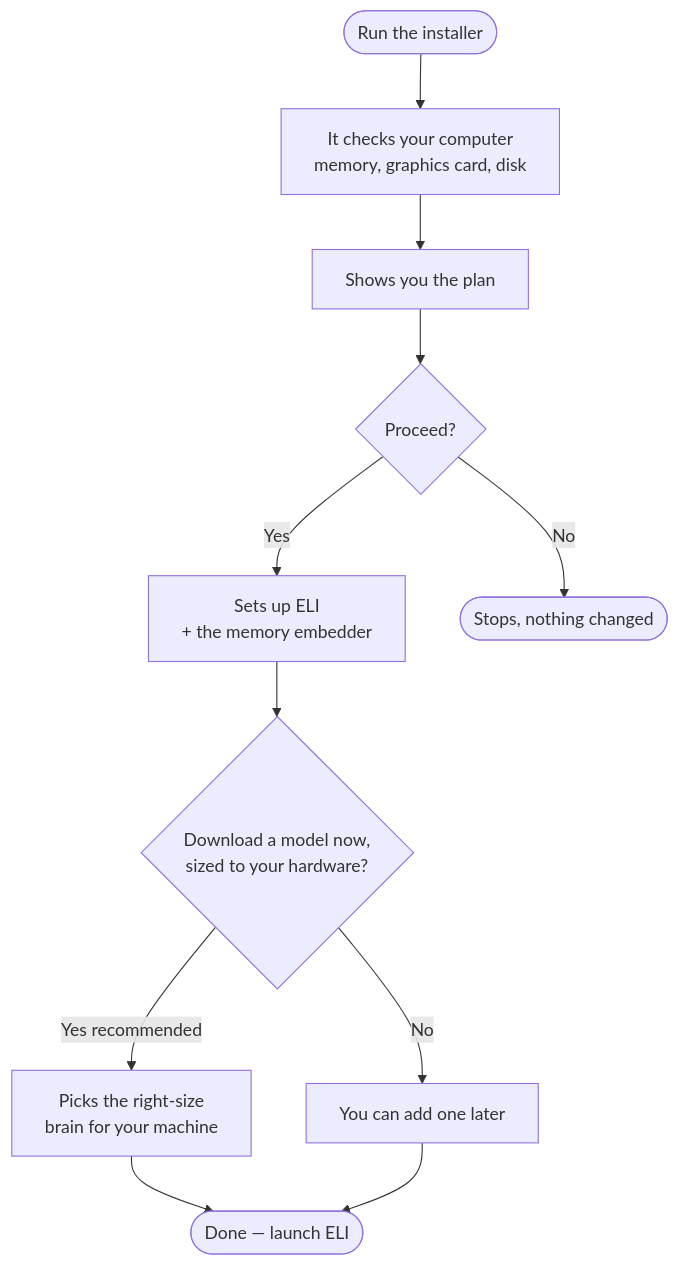
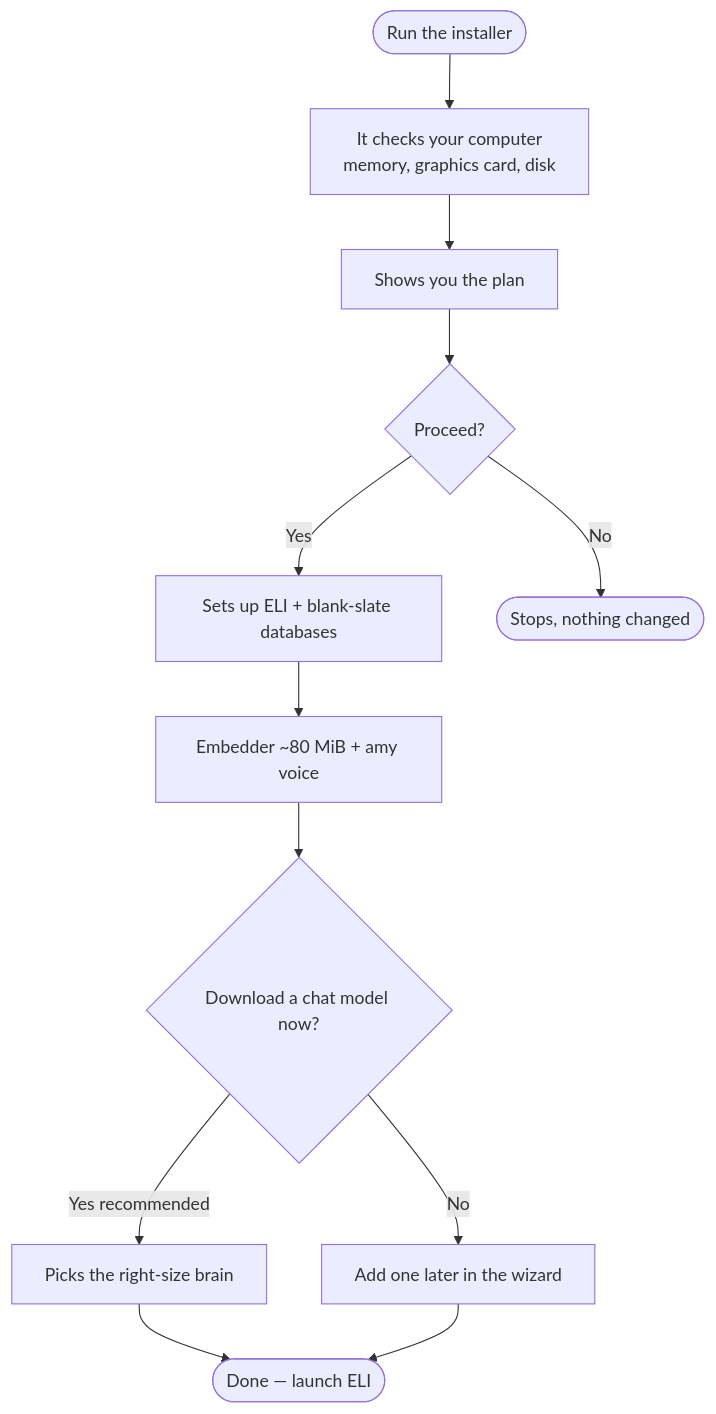
One commit to ShadowESC95/ELI_v2.0 changed the third of 11 diagrams in blueprints/ELI_USER_MANUAL.md. Above: the diagram before and after it, drawn with Mermaid. The commit also changed other lines of this file and 12 other files, not shown here.

First line of the commit message:
fix: accurate install wizard — embedder path, blank-slate DB, amy voice OOTB

````diff
--- a/blueprints/ELI_USER_MANUAL.md
+++ b/blueprints/ELI_USER_MANUAL.md
@@ -142,13 +142,14 @@
 ```mermaid
 flowchart TD
     A([Run the installer]) --> B[It checks your computer<br/>memory, graphics card, disk]
     B --> C[Shows you the plan]
     C --> D{Proceed?}
-    D -->|Yes| E[Sets up ELI<br/>+ the memory embedder]
+    D -->|Yes| E[Sets up ELI + blank-slate databases]
     D -->|No| Z([Stops, nothing changed])
-    E --> F{Download a model now,<br/>sized to your hardware?}
-    F -->|Yes recommended| G[Picks the right-size<br/>brain for your machine]
-    F -->|No| H[You can add one later]
+    E --> J[Embedder ~80 MiB + amy voice]
+    J --> F{Download a chat model now?}
+    F -->|Yes recommended| G[Picks the right-size brain]
+    F -->|No| H[Add one later in the wizard]
     G --> I([Done — launch ELI])
     H --> I
 ```
````
